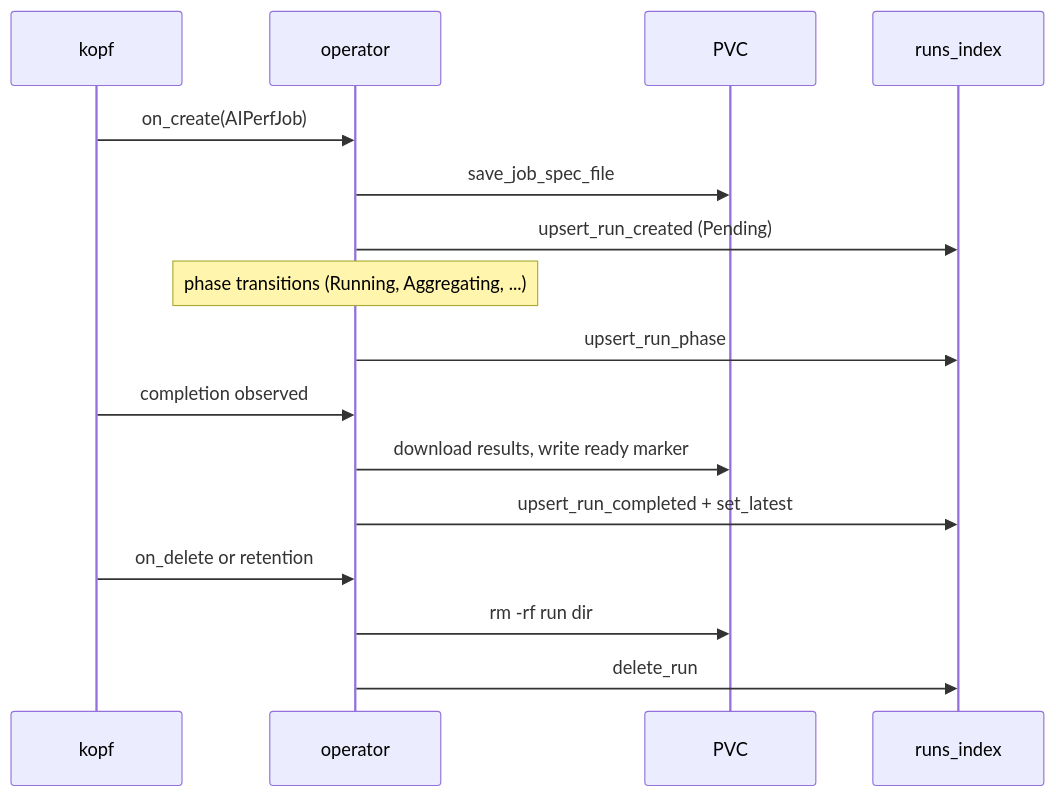
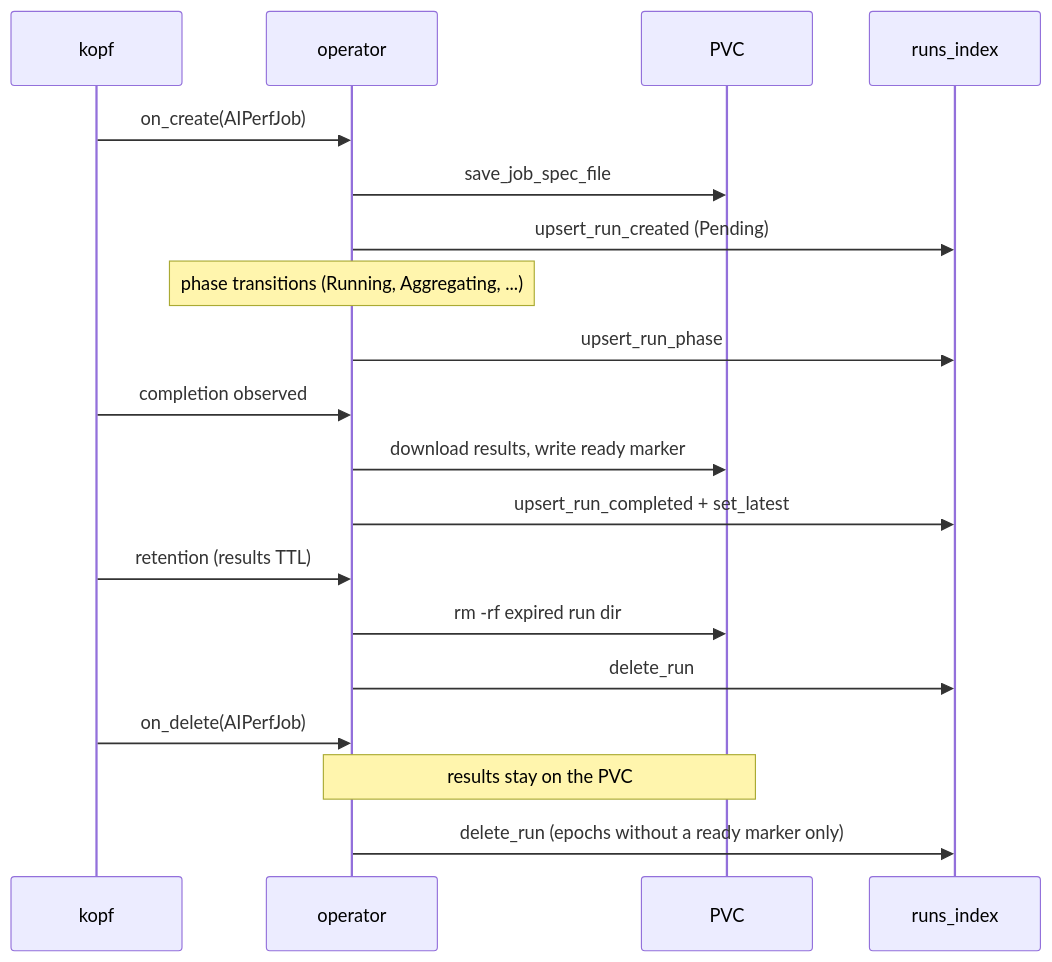
Before and after one commit to ai-dynamo/aiperf: the tenth of 11 diagrams in docs/dev/kubernetes-flow.md, drawn with Mermaid. The commit also changed other lines of this file and 5 other files, not shown here.

Commit message:
fix(operator): keep indexed results comparable after AIPerfJob CR deletion

````diff
--- a/docs/dev/kubernetes-flow.md
+++ b/docs/dev/kubernetes-flow.md
@@ -525,22 +525,26 @@
 ```mermaid
 sequenceDiagram
     participant K as kopf
     participant O as operator
     participant FS as PVC
     participant DB as runs_index
 
     K->>O: on_create(AIPerfJob)
     O->>FS: save_job_spec_file
     O->>DB: upsert_run_created (Pending)
 
     Note over O: phase transitions (Running, Aggregating, ...)
     O->>DB: upsert_run_phase
 
     K->>O: completion observed
     O->>FS: download results, write ready marker
     O->>DB: upsert_run_completed + set_latest
 
-    K->>O: on_delete or retention
-    O->>FS: rm -rf run dir
+    K->>O: retention (results TTL)
+    O->>FS: rm -rf expired run dir
     O->>DB: delete_run
+
+    K->>O: on_delete(AIPerfJob)
+    Note over O,FS: results stay on the PVC
+    O->>DB: delete_run (epochs without a ready marker only)
 ```
````
